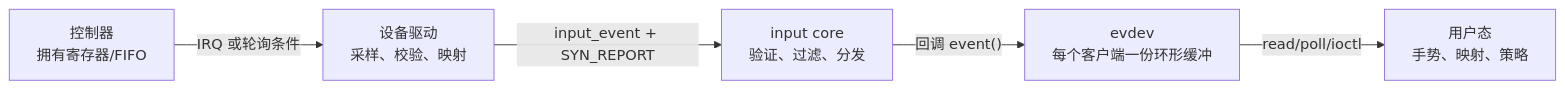
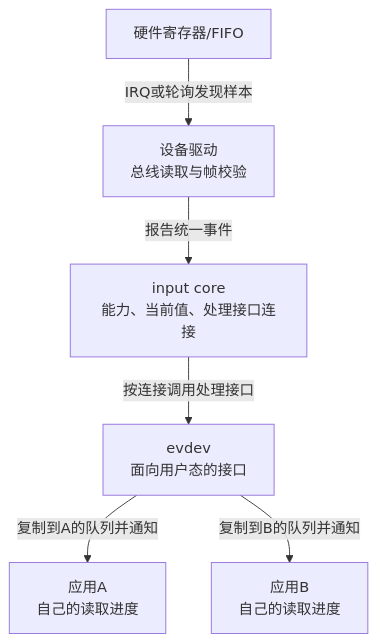
The third of 3 diagrams in knowledge/driver_model/input/P01_从硬件样本到统一输入事件.md (FormingSystem/linux_note), drawn with Mermaid before and after one commit. The commit also changed other lines of this file and 2 other files, not shown here.

First line of the commit message:
content(driver/input): 从样本解释成本推导统一事件与帧

````diff
--- a/knowledge/driver_model/input/P01_从硬件样本到统一输入事件.md
+++ b/knowledge/driver_model/input/P01_从硬件样本到统一输入事件.md
@@ -36,7 +217,8 @@
 ```mermaid
-flowchart LR
-    HW["控制器<br/>拥有寄存器/FIFO"] -- "IRQ 或轮询条件" --> DRV["设备驱动<br/>采样、校验、映射"]
-    DRV -- "input_event + SYN_REPORT" --> CORE["input core<br/>验证、过滤、分发"]
-    CORE -- "回调 event()" --> EVDEV["evdev<br/>每个客户端一份环形缓冲"]
-    EVDEV -- "read/poll/ioctl" --> APP["用户态<br/>手势、映射、策略"]
+flowchart TD
+    hw["硬件寄存器/FIFO"] -->|"IRQ或轮询发现样本"| d["设备驱动<br/>总线读取与帧校验"]
+    d -->|"报告统一事件"| core["input core<br/>能力、当前值、处理接口连接"]
+    core -->|"按连接调用处理接口"| e["evdev<br/>面向用户态的接口"]
+    e -->|"复制到A的队列并通知"| a["应用A<br/>自己的读取进度"]
+    e -->|"复制到B的队列并通知"| b["应用B<br/>自己的读取进度"]
 ```
````
